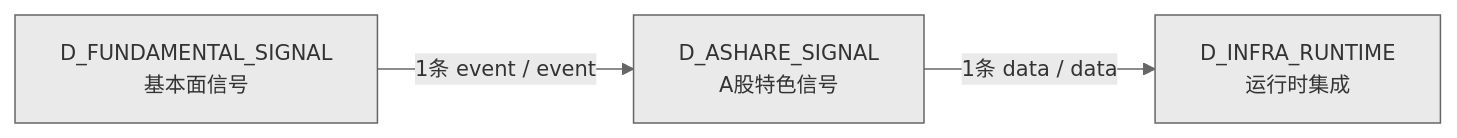
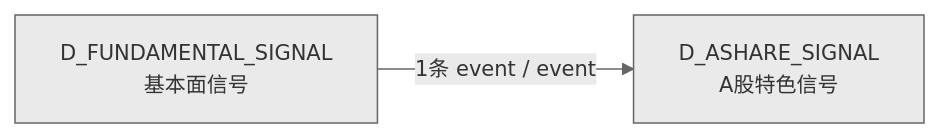
The fourth of 4 diagrams in docs/02_enterprise_architecture/02_domain_architecture_docs/32_d_ashare_signal.md (xuanFelixVan/ZephyrAlpha), drawn with Mermaid before and after one commit. The commit also changed other lines of this file and 62 other files, not shown here.

````diff
--- a/docs/02_enterprise_architecture/02_domain_architecture_docs/32_d_ashare_signal.md
+++ b/docs/02_enterprise_architecture/02_domain_architecture_docs/32_d_ashare_signal.md
@@ -187,9 +182,7 @@
 ```mermaid
 %%{init: {'theme': 'base', 'themeVariables': {'primaryColor': '#eaeaea', 'primaryTextColor': '#333333', 'primaryBorderColor': '#666666', 'lineColor': '#666666', 'secondaryColor': '#eaeaea', 'tertiaryColor': '#eaeaea', 'fontSize': '14px'}}}%%
 graph LR
     D_ASHARE_SIGNAL["D_ASHARE_SIGNAL<br/>A股特色信号"]
-    D_INFRA_RUNTIME["D_INFRA_RUNTIME<br/>运行时集成"]
     D_FUNDAMENTAL_SIGNAL["D_FUNDAMENTAL_SIGNAL<br/>基本面信号"]
-    D_ASHARE_SIGNAL -->|1条 data / data| D_INFRA_RUNTIME
     D_FUNDAMENTAL_SIGNAL -->|1条 event / event| D_ASHARE_SIGNAL
 ```
````
